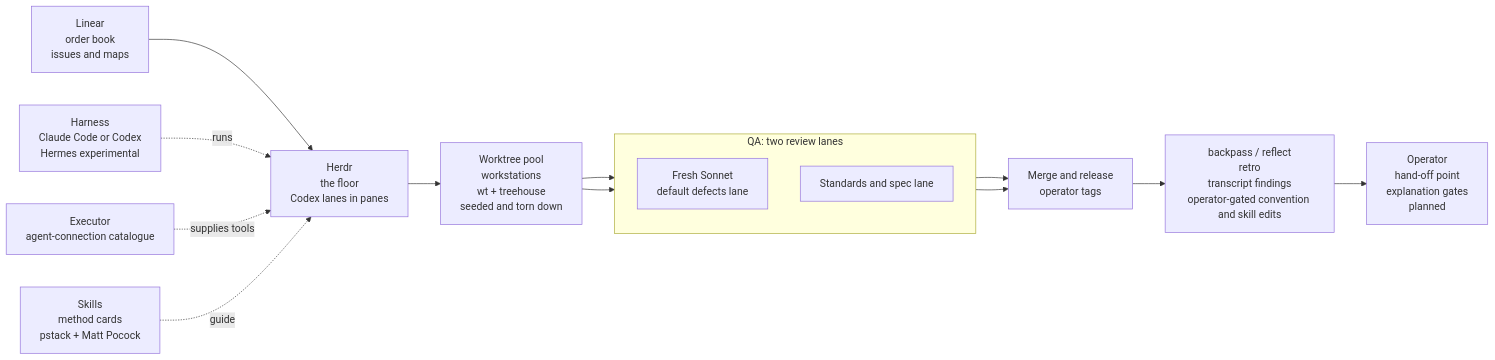
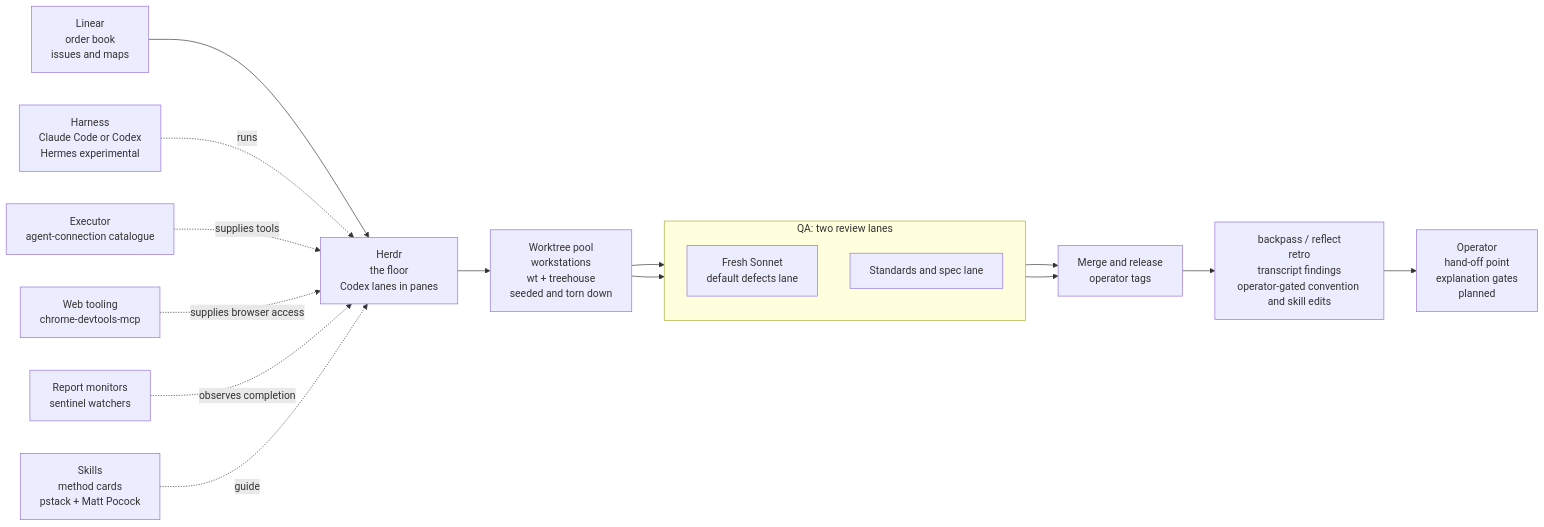
Before and after one commit to ivankqw/impstack: the diagram in README.md, drawn with Mermaid. The commit also changed other lines of this file and 8 other files, not shown here.

````diff
--- a/README.md
+++ b/README.md
@@ -26,19 +26,21 @@
 ```mermaid
 flowchart LR
     LI["Linear<br/>order book<br/>issues and maps"] --> HE["Herdr<br/>the floor<br/>Codex lanes in panes"]
     HE --> WT["Worktree pool<br/>workstations<br/>wt + treehouse<br/>seeded and torn down"]
     WT --> DL
     WT --> SL
     subgraph QA["QA: two review lanes"]
         direction TB
         DL["Fresh Sonnet<br/>default defects lane"]
         SL["Standards and spec lane"]
     end
     DL --> MR["Merge and release<br/>operator tags"]
     SL --> MR
     MR --> RE["backpass / reflect<br/>retro<br/>transcript findings<br/>operator-gated convention and skill edits"]
     RE --> OP["Operator<br/>hand-off point<br/>explanation gates<br/>planned"]
     HA["Harness<br/>Claude Code or Codex<br/>Hermes experimental"] -. runs .-> HE
     EX["Executor<br/>agent-connection catalogue"] -. supplies tools .-> HE
+    WB["Web tooling<br/>chrome-devtools-mcp"] -. supplies browser access .-> HE
+    MO["Report monitors<br/>sentinel watchers"] -. observes completion .-> HE
     SK["Skills<br/>method cards<br/>pstack + Matt Pocock"] -. guide .-> HE
 ```
````
